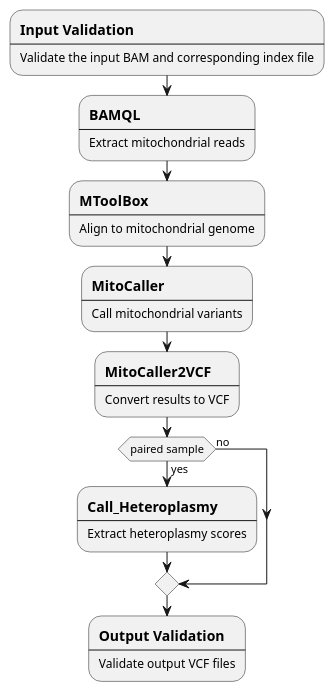
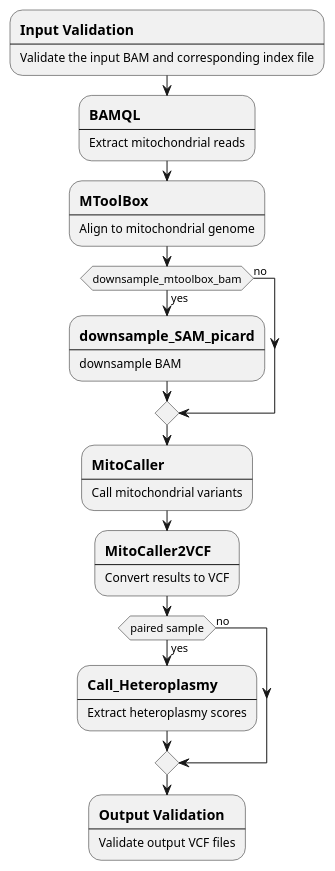
One commit to uclahs-cds/pipeline-call-mtSNV changed the diagram in docs/call-mtsnv-flow.puml. Above: the diagram before and after it, drawn with PlantUML. The commit also changed 1 other file, not shown here.

```diff
--- a/docs/call-mtsnv-flow.puml
+++ b/docs/call-mtsnv-flow.puml
@@ -1,30 +1,36 @@
 @startuml
 skinparam SwimlaneTitleFontStyle bold
 
 
 :==Input Validation
 ----
 Validate the input BAM and corresponding index file;
 :==BAMQL
 ----
 Extract mitochondrial reads;
 :==MToolBox
 ----
 Align to mitochondrial genome;
+if (downsample_mtoolbox_bam) then (yes)
+  :==downsample_SAM_picard
+  ----
+  downsample BAM;
+else (no)
+endif
 :==MitoCaller
 ----
 Call mitochondrial variants;
 :==MitoCaller2VCF
 ----
 Convert results to VCF;
 if (paired sample) then (yes)
   :==Call_Heteroplasmy
   ----
   Extract heteroplasmy scores;
 else (no)
 endif
 :==Output Validation
 ----
 Validate output VCF files;
 
 @enduml
```
